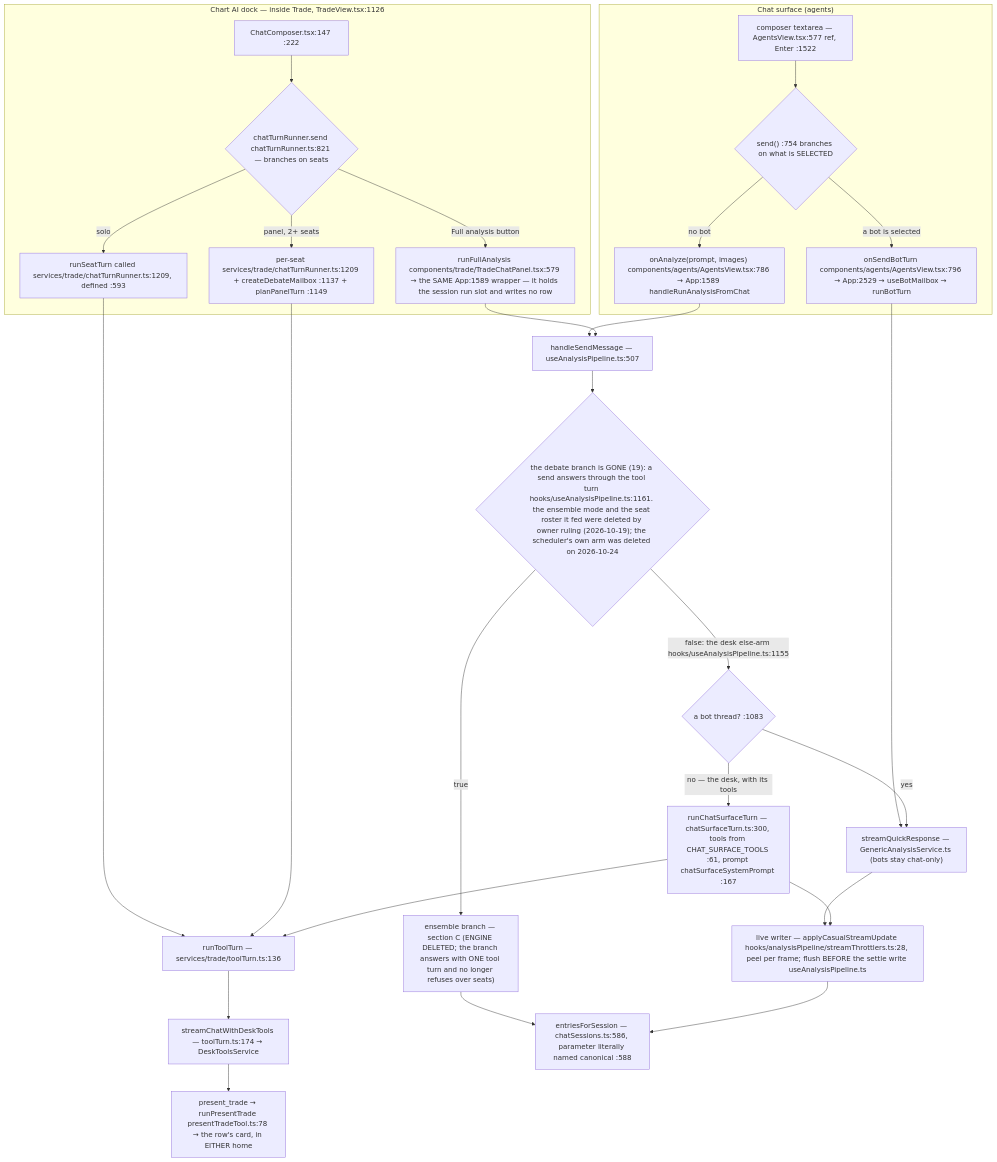
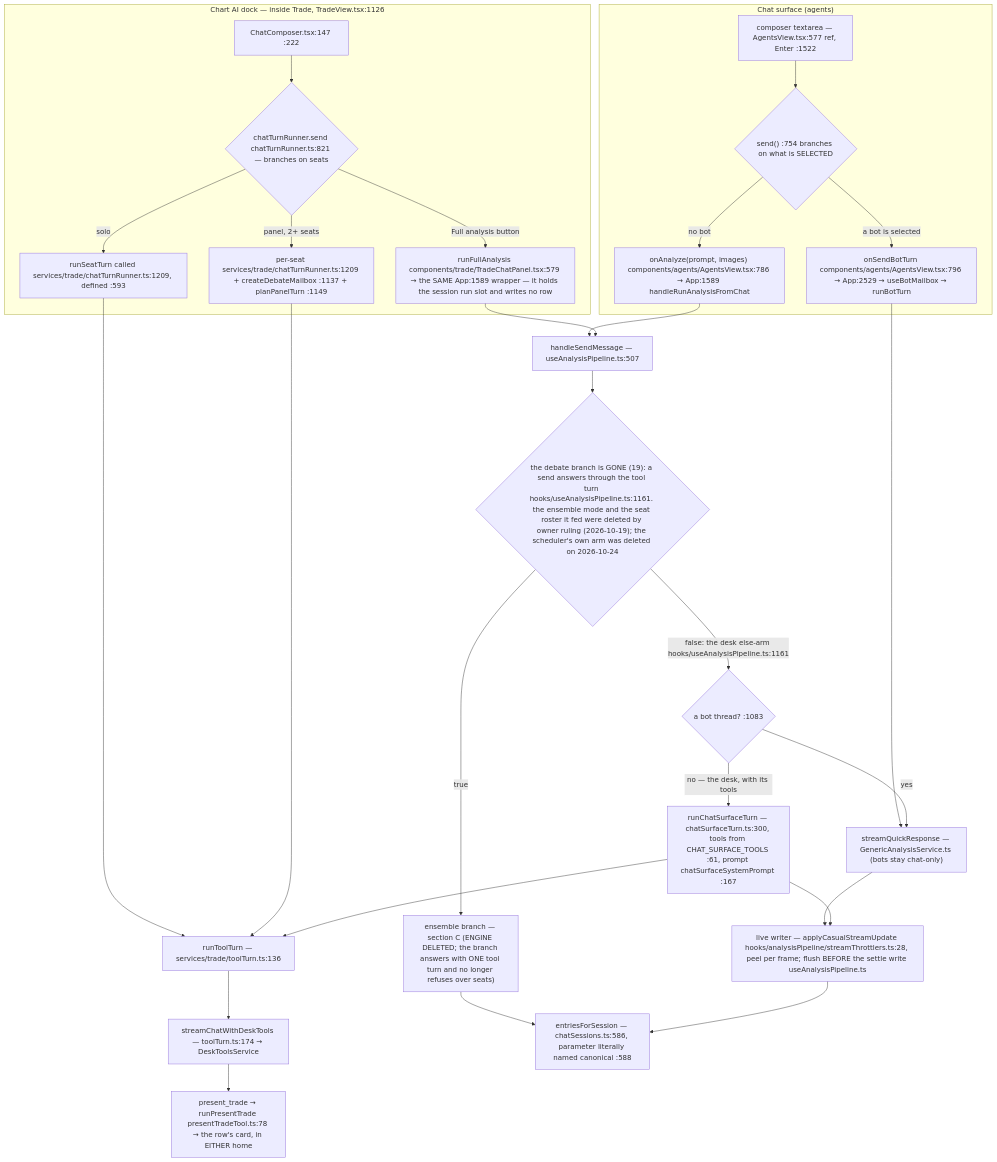
The second of 8 diagrams in docs/app-flow.md (Acepay25/august-3.5), drawn with Mermaid before and after one commit. The commit also changed other lines of this file and 5 other files, not shown here.

````diff
--- a/docs/app-flow.md
+++ b/docs/app-flow.md
@@ -78,31 +78,31 @@
 ```mermaid
 flowchart TD
     subgraph CHAT["Chat surface (agents)"]
         CB["composer textarea — AgentsView.tsx:577 ref, Enter :1522"] --> D1{"send() :754 branches on what is SELECTED"}
         D1 -->|a bot is selected| BOT["onSendBotTurn components/agents/AgentsView.tsx:796 → App:2529 → useBotMailbox → runBotTurn"]
         D1 -->|no bot| AN["onAnalyze(prompt, images) components/agents/AgentsView.tsx:786 → App:1589 handleRunAnalysisFromChat"]
     end
     subgraph DOCK["Chart AI dock — inside Trade, TradeView.tsx:1126"]
         DC["ChatComposer.tsx:147 :222"] --> D2{"chatTurnRunner.send chatTurnRunner.ts:821 — branches on seats"}
         D2 -->|solo| SO["runSeatTurn called services/trade/chatTurnRunner.ts:1209, defined :593"]
         D2 -->|panel, 2+ seats| PN["per-seat services/trade/chatTurnRunner.ts:1209 + createDebateMailbox :1137 + planPanelTurn :1149"]
         D2 -->|Full analysis button| FA["runFullAnalysis components/trade/TradeChatPanel.tsx:579 → the SAME App:1589 wrapper — it holds the session run slot and writes no row"]
     end
     SO --> TT["runToolTurn — services/trade/toolTurn.ts:136"]
     PN --> TT
     TT --> SCDT["streamChatWithDeskTools — toolTurn.ts:174 → DeskToolsService"]
     BOT --> TR["streamQuickResponse — GenericAnalysisService.ts (bots stay chat-only)"]
     AN --> HSM["handleSendMessage — useAnalysisPipeline.ts:507"]
     FA --> HSM
     HSM --> D3{"the debate branch is GONE (19): a send answers through the tool turn hooks/useAnalysisPipeline.ts:1161. the ensemble mode and the seat roster it fed were deleted by owner ruling (2026-10-19); the scheduler's own arm was deleted on 2026-10-24"}
     D3 -->|true| ENS["ensemble branch — section C (ENGINE DELETED; the branch answers with ONE tool turn and no longer refuses over seats)"]
-    D3 -->|false: the desk else-arm hooks/useAnalysisPipeline.ts:1155| SPLIT{"a bot thread? :1083"}
+    D3 -->|false: the desk else-arm hooks/useAnalysisPipeline.ts:1161| SPLIT{"a bot thread? :1083"}
     SPLIT -->|yes| TR
     SPLIT -->|no — the desk, with its tools| CST["runChatSurfaceTurn — chatSurfaceTurn.ts:300, tools from CHAT_SURFACE_TOOLS :61, prompt chatSurfaceSystemPrompt :167"]
     CST --> TT
     TR --> LW["live writer — applyCasualStreamUpdate hooks/analysisPipeline/streamThrottlers.ts:28, peel per frame; flush BEFORE the settle write useAnalysisPipeline.ts"]
     CST --> LW
     ENS --> MERGE
     LW --> MERGE["entriesForSession — chatSessions.ts:586, parameter literally named canonical :588"]
     SCDT --> PT["present_trade → runPresentTrade presentTradeTool.ts:78 → the row's card, in EITHER home"]
 ```
````
